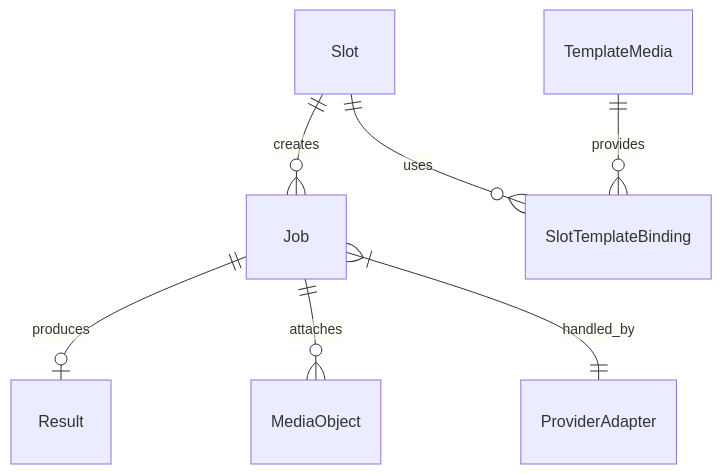
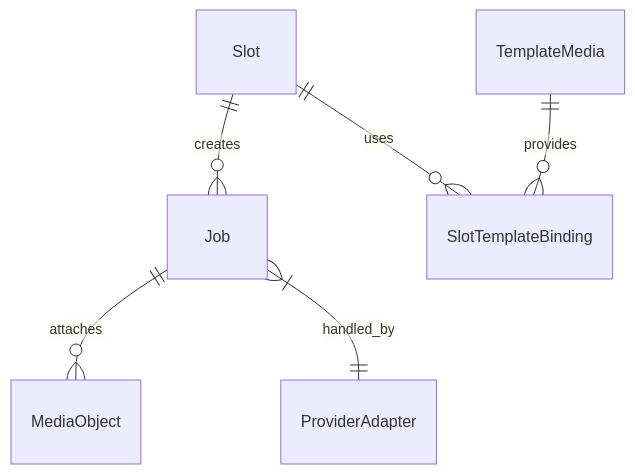
The diagram in spec/docs/blueprints/domain-model.md (nicelight/PhotoChanger_25), drawn with Mermaid before and after one commit. The commit also changed other lines of this file and 13 other files, not shown here.

Commit message:
Simplify Job result handling for MVP

````diff
--- a/spec/docs/blueprints/domain-model.md
+++ b/spec/docs/blueprints/domain-model.md
@@ -66,9 +59,8 @@
 ```mermaid
 erDiagram
     Slot ||--o{ Job : creates
     Slot ||--o{ SlotTemplateBinding : uses
     TemplateMedia ||--o{ SlotTemplateBinding : provides
-    Job ||--o| Result : produces
     Job ||--o{ MediaObject : attaches
     Job }|--|| ProviderAdapter : handled_by
 ```
````
